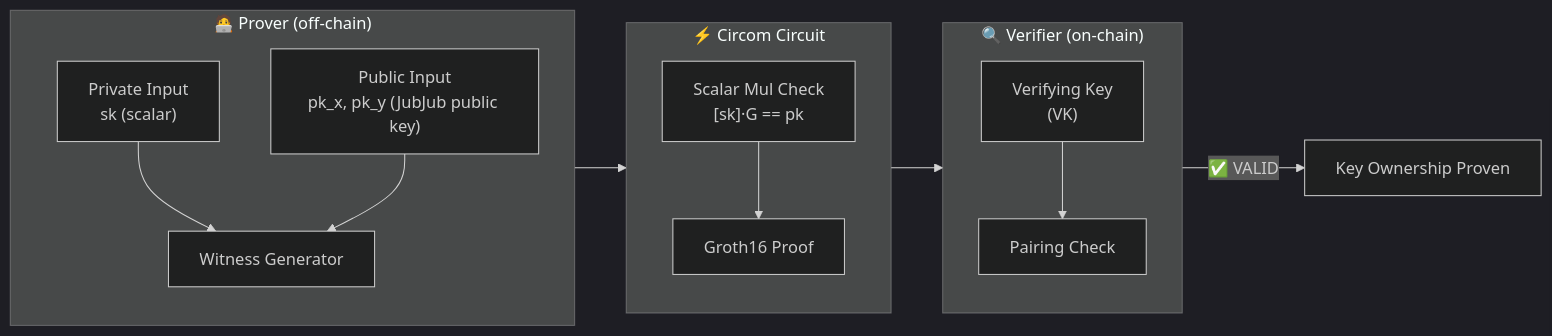
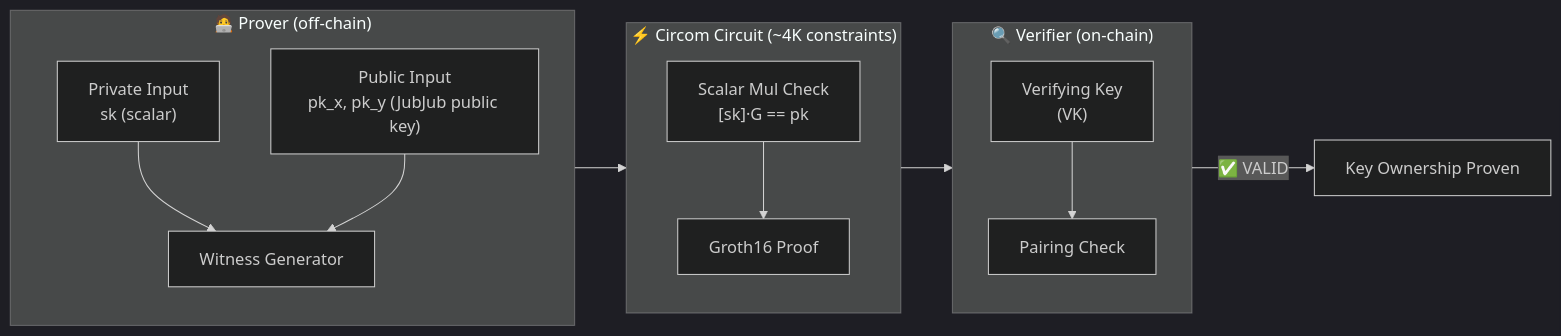
The diagram in groth16-prover/circom/CardanoKeyOwnership/README.md (cardano-foundation/bls), drawn with Mermaid (dark theme) before and after one commit. The commit also changed other lines of this file and 8 other files, not shown here.

````diff
--- a/groth16-prover/circom/CardanoKeyOwnership/README.md
+++ b/groth16-prover/circom/CardanoKeyOwnership/README.md
@@ -17,29 +26,29 @@
 ```mermaid
 flowchart LR
     subgraph Prover["🧑‍💻 Prover (off-chain)"]
         direction TB
         priv["Private Input<br/>sk (scalar)"]
         pub_pub["Public Input<br/>pk_x, pk_y (JubJub public key)"]
         wit["Witness Generator"]
     end
 
-    subgraph Circuit["⚡ Circom Circuit"]
+    subgraph Circuit["⚡ Circom Circuit (~4K constraints)"]
         direction TB
         check["Scalar Mul Check<br/>[sk]·G == pk"]
         zk["Groth16 Proof"]
     end
 
     subgraph Verifier["🔍 Verifier (on-chain)"]
         direction TB
         vk["Verifying Key<br/>(VK)"]
         pair["Pairing Check"]
     end
 
     priv --> wit
     pub_pub --> wit
     wit --> check
     check --> zk
     zk --> pair
     vk --> pair
     pair -->|"✅ VALID"| result["Key Ownership Proven"]
 ```
````
